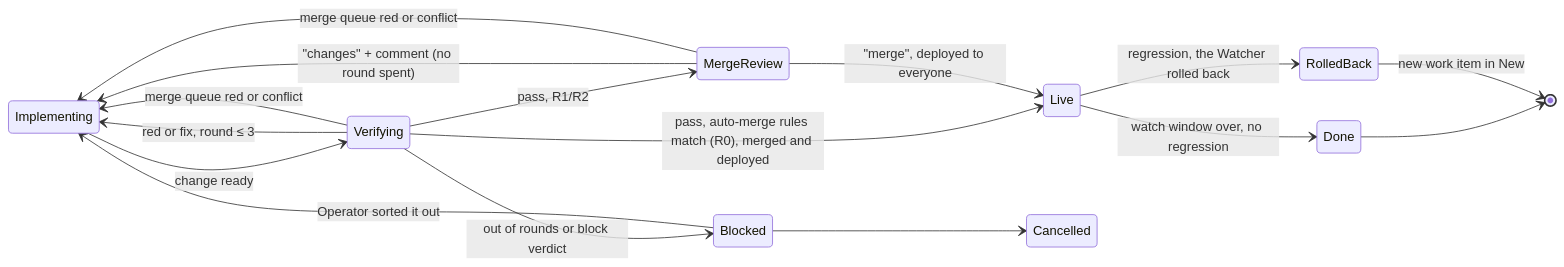
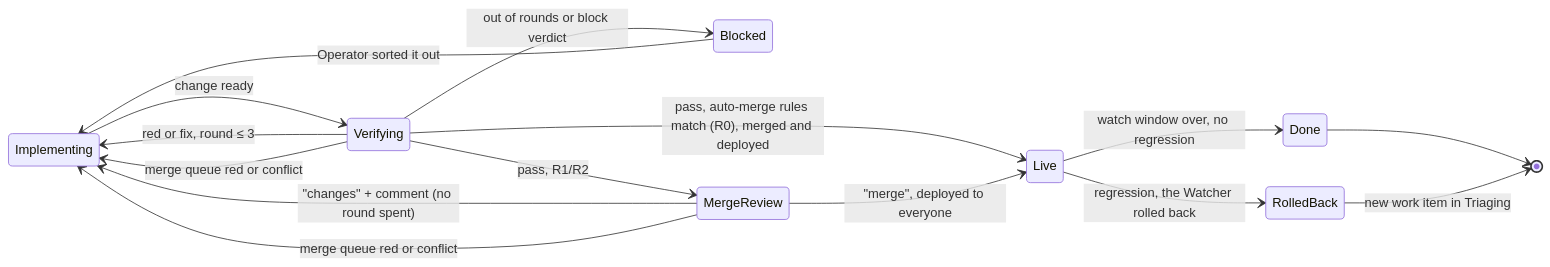
One commit to redikultsev/agentic-sdlc-atlas changed the second of 2 diagrams in docs/states.md. Above: the diagram before and after it, drawn with Mermaid. The commit also changed other lines of this file and 5 other files, not shown here.

Commit message:
States: name by who holds the item (Triaging, TriageReview), swimlane state machine slide

````diff
--- a/docs/states.md
+++ b/docs/states.md
@@ -28,19 +28,18 @@
 ```mermaid
 stateDiagram-v2
   direction LR
   Implementing --> Verifying: change ready
   Verifying --> Implementing: red or fix, round ≤ 3
   Verifying --> Blocked: out of rounds or block verdict
   Verifying --> Live: pass, auto-merge rules match (R0), merged and deployed
   Verifying --> MergeReview: pass, R1/R2
   MergeReview --> Implementing: "changes" + comment (no round spent)
   MergeReview --> Live: "merge", deployed to everyone
   Verifying --> Implementing: merge queue red or conflict
   MergeReview --> Implementing: merge queue red or conflict
   Live --> Done: watch window over, no regression
   Live --> RolledBack: regression, the Watcher rolled back
   Blocked --> Implementing: Operator sorted it out
-  Blocked --> Cancelled
   Done --> [*]
-  RolledBack --> [*]: new work item in New
+  RolledBack --> [*]: new work item in Triaging
 ```
````
